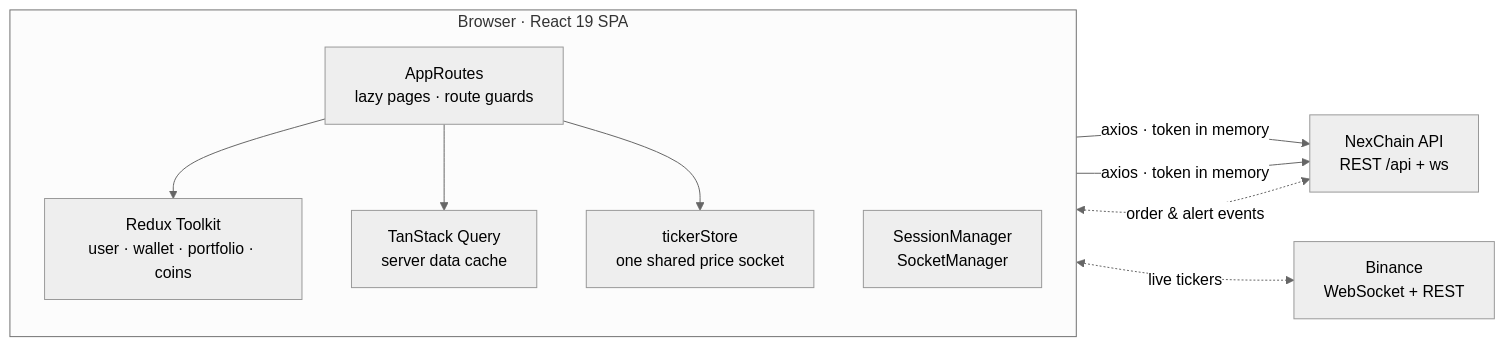
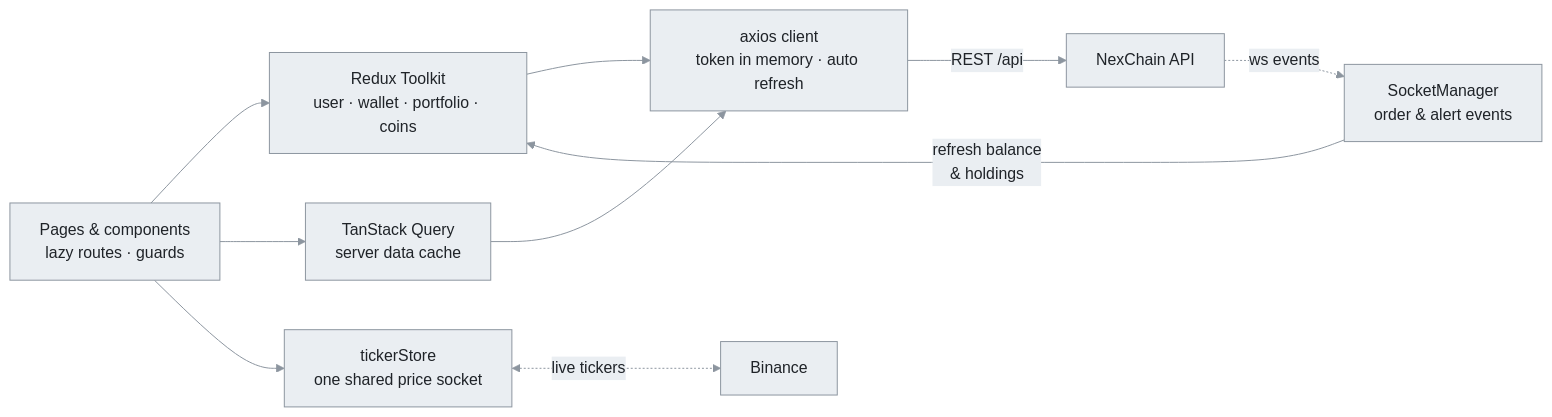
One commit to Arjunsathia/NexChain-FE changed the first of 6 diagrams in README.md. Above: the diagram before and after it, drawn with Mermaid. The commit also changed other lines of this file and 7 other files, not shown here.

````diff
--- a/README.md
+++ b/README.md
@@ -99,19 +141,19 @@
 ```mermaid
-%%{init: {'theme':'neutral'}}%%
+%%{init: {"theme":"base","themeVariables":{"primaryColor":"#eaeef2","primaryTextColor":"#1f2328","primaryBorderColor":"#8c959f","secondaryColor":"#eaeef2","tertiaryColor":"#f6f8fa","lineColor":"#8c959f","textColor":"#57606a","edgeLabelBackground":"#eaeef2","clusterBkg":"#f6f8fa","clusterBorder":"#d0d7de","titleColor":"#57606a","signalColor":"#8c959f","signalTextColor":"#8c959f","actorBkg":"#eaeef2","actorBorder":"#8c959f","actorTextColor":"#1f2328","actorLineColor":"#8c959f","noteBkgColor":"#eaeef2","noteTextColor":"#1f2328","noteBorderColor":"#8c959f","labelBoxBkgColor":"#eaeef2","labelBoxBorderColor":"#8c959f","labelTextColor":"#1f2328","loopTextColor":"#8c959f","sequenceNumberColor":"#ffffff"}}}%%
 flowchart LR
-    subgraph B["Browser · React 19 SPA"]
-        direction TB
-        RT["AppRoutes<br/>lazy pages · route guards"]
-        RX["Redux Toolkit<br/>user · wallet · portfolio · coins"]
-        RQ["TanStack Query<br/>server data cache"]
-        TS["tickerStore<br/>one shared price socket"]
-        SM["SessionManager<br/>SocketManager"]
-        RT --> RX & RQ & TS
-    end
-    API["NexChain API<br/>REST /api + ws"]
-    BN["Binance<br/>WebSocket + REST"]
+    UI["Pages & components<br/>lazy routes · guards"]
+    RX["Redux Toolkit<br/>user · wallet · portfolio · coins"]
+    RQ["TanStack Query<br/>server data cache"]
+    TS["tickerStore<br/>one shared price socket"]
+    AX["axios client<br/>token in memory · auto refresh"]
+    SM["SocketManager<br/>order & alert events"]
+    API["NexChain API"]
+    BN["Binance"]
 
-    RX & RQ -- "axios · token in memory" --> API
-    SM <-. "order & alert events" .-> API
+    UI --> RX & RQ & TS
+    RX & RQ --> AX
+    AX -- "REST /api" --> API
+    API -. "ws events" .-> SM
+    SM -- "refresh balance<br/>& holdings" --> RX
     TS <-. "live tickers" .-> BN
 ```
````
